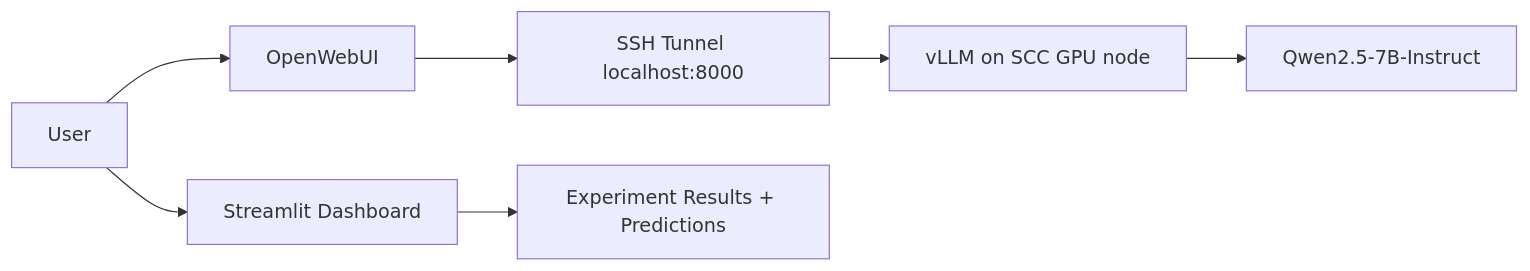
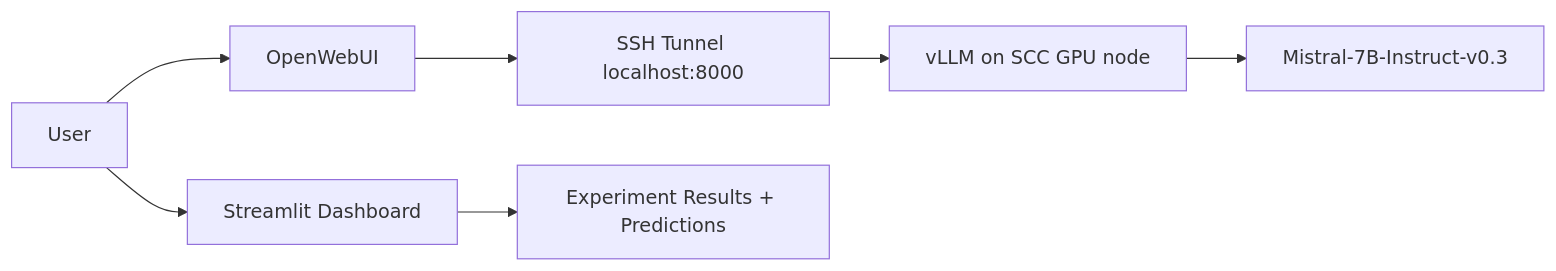
One commit to kuromi1kow/chunkrag-course-project changed the diagram in docs/openwebui_scc_deployment.md. Above: the diagram before and after it, drawn with Mermaid. The commit also changed other lines of this file and 51 other files, not shown here.

````diff
--- a/docs/openwebui_scc_deployment.md
+++ b/docs/openwebui_scc_deployment.md
@@ -60,9 +60,9 @@
 ```mermaid
 flowchart LR
     U["User"] --> W["OpenWebUI"]
     W --> T["SSH Tunnel localhost:8000"]
     T --> V["vLLM on SCC GPU node"]
-    V --> M["Qwen2.5-7B-Instruct"]
+    V --> M["Mistral-7B-Instruct-v0.3"]
     U --> D["Streamlit Dashboard"]
     D --> R["Experiment Results + Predictions"]
 ```
````
